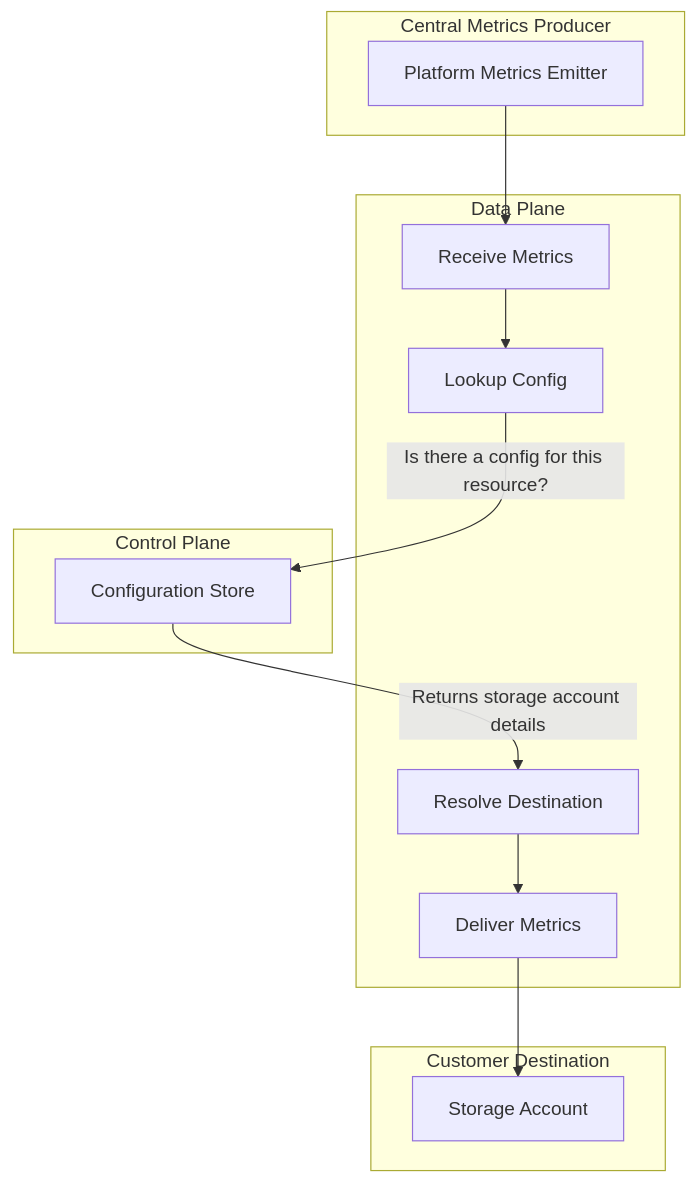
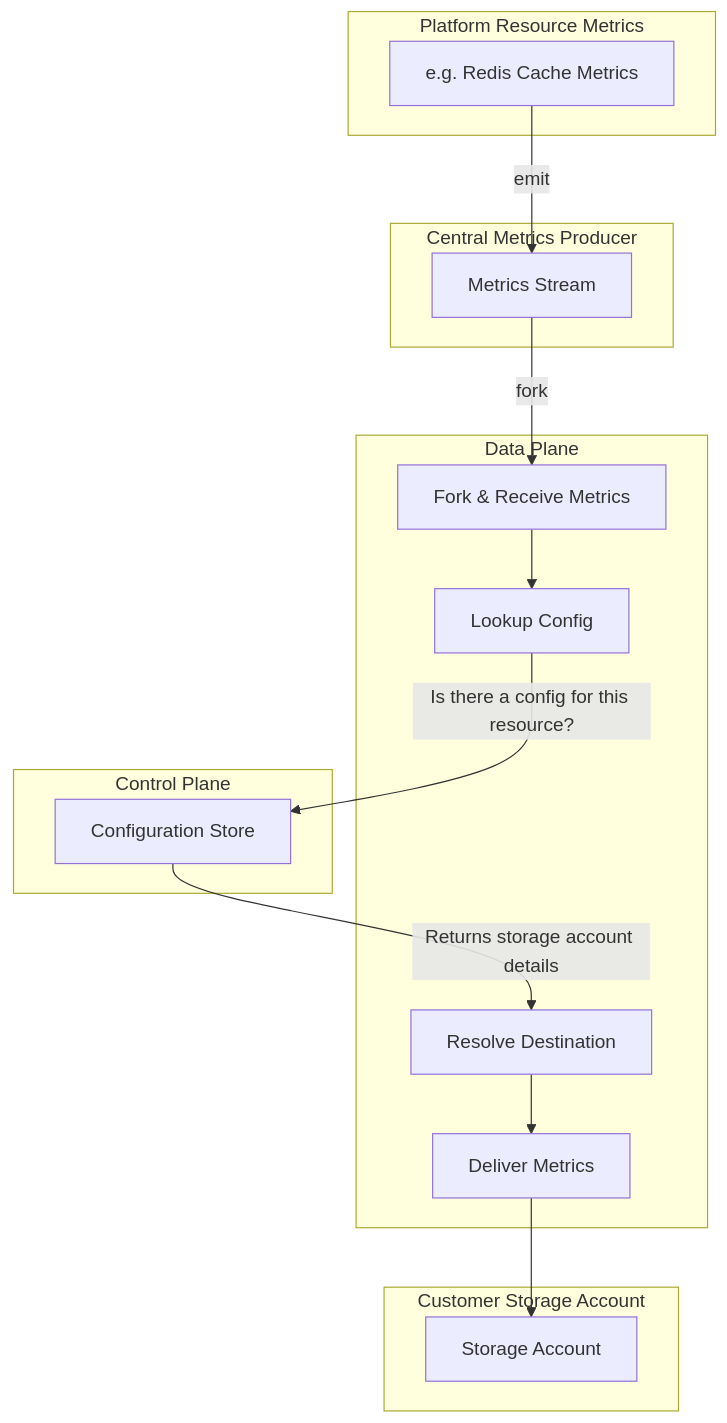
One commit to mvsnbharath/Design changed the second of 5 diagrams in AWS/Msft/e2e.md. Above: the diagram before and after it, drawn with Mermaid. The commit also changed other lines of this file, not shown here.

````diff
--- a/AWS/Msft/e2e.md
+++ b/AWS/Msft/e2e.md
@@ -18,28 +15,33 @@
 ```mermaid
 flowchart TB
-    subgraph Producer[Central Metrics Producer]
-        P[Platform Metrics Emitter]
+    subgraph Source[Platform Resource Metrics]
+        PR[e.g. Redis Cache Metrics]
+    end
+
+    subgraph CMP[Central Metrics Producer]
+        P[Metrics Stream]
     end
 
     subgraph DataPlane[Data Plane]
-        D1[Receive Metrics]
+        D1[Fork & Receive Metrics]
         D2[Lookup Config]
         D3[Resolve Destination]
         D4[Deliver Metrics]
     end
 
     subgraph ControlPlane[Control Plane]
         CP[Configuration Store]
     end
 
-    subgraph Customer[Customer Destination]
+    subgraph Customer[Customer Storage Account]
         SA[Storage Account]
     end
 
-    P --> D1
+    PR -->|emit| P
+    P -->|fork| D1
     D1 --> D2
     D2 -->|Is there a config for this resource?| CP
     CP -->|Returns storage account details| D3
     D3 --> D4
     D4 --> SA
 ```
````
